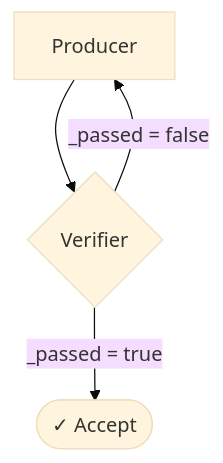
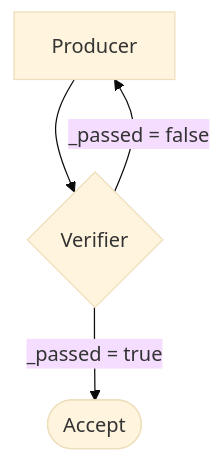
Before and after one commit to wmcmahan/cycgraph: the diagram in apps/docs/src/content/docs/docs/patterns/verifier.md, drawn with Mermaid (base theme). The commit also changed other lines of this file and 17 other files, not shown here.

````diff
--- a/apps/docs/src/content/docs/docs/patterns/verifier.md
+++ b/apps/docs/src/content/docs/docs/patterns/verifier.md
@@ -12,6 +12,6 @@
 ```mermaid
 flowchart TB
     Draft["Producer"] --> Verify{"Verifier"}
-    Verify --> |"_passed = true"| Done(["✓ Accept"])
+    Verify --> |"_passed = true"| Done(["Accept"])
     Verify --> |"_passed = false"| Draft
 ```
````
